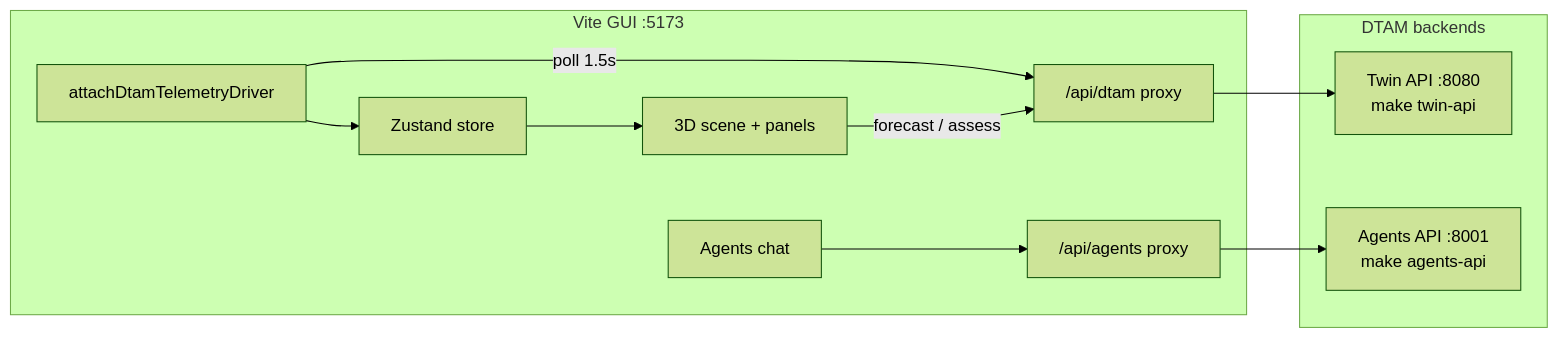
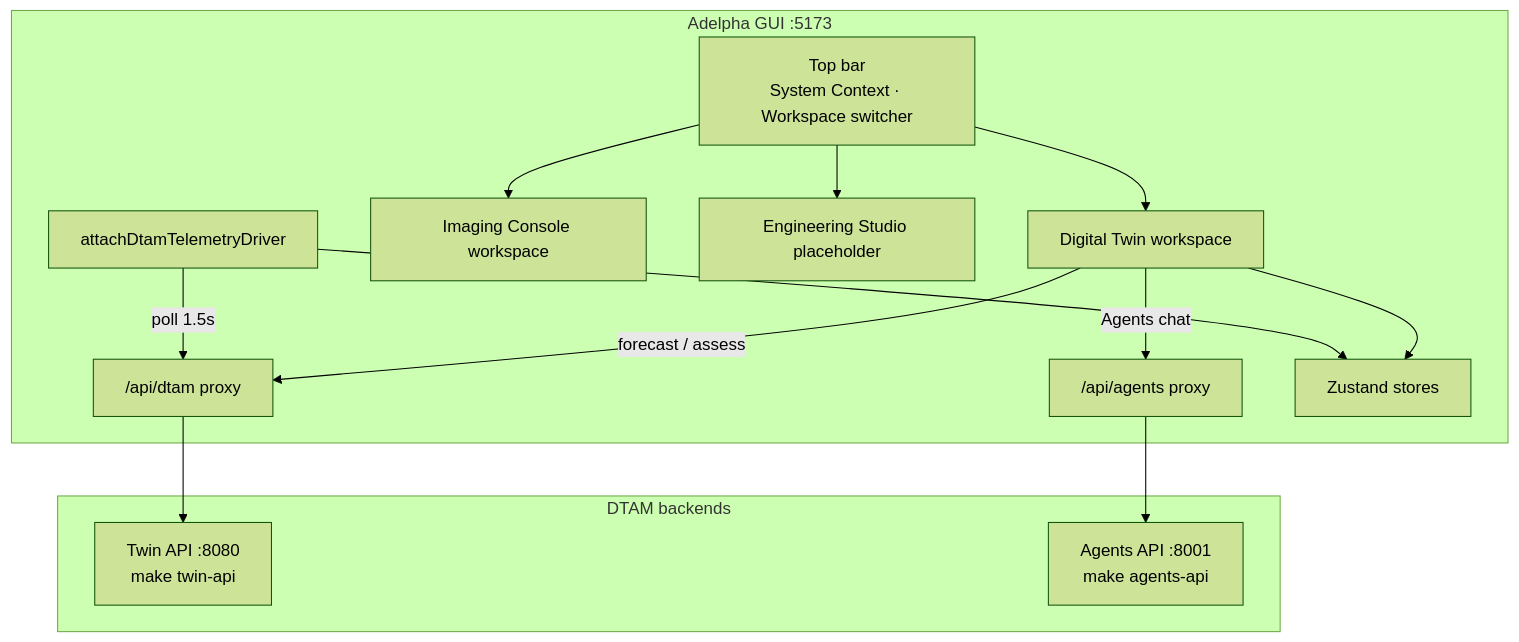
One commit to imr-framework/adelpha changed the diagram in docs/guide/architecture.md. Above: the diagram before and after it, drawn with Mermaid (forest theme). The commit also changed other lines of this file and 7 other files, not shown here.

````diff
--- a/docs/guide/architecture.md
+++ b/docs/guide/architecture.md
@@ -9,24 +9,29 @@
 ``` mermaid
-flowchart LR
+flowchart TB
   subgraph DTAM["DTAM backends"]
     T["Twin API :8080\nmake twin-api"]
     A["Agents API :8001\nmake agents-api"]
   end
 
-  subgraph UI["Vite GUI :5173"]
+  subgraph UI["Adelpha GUI :5173"]
+    TB["Top bar\nSystem Context · Workspace switcher"]
+    DT["Digital Twin workspace"]
+    IC["Imaging Console workspace"]
+    ES["Engineering Studio placeholder"]
     PD["/api/dtam proxy"]
     PA["/api/agents proxy"]
     D["attachDtamTelemetryDriver"]
-    Z["Zustand store"]
-    V["3D scene + panels"]
-    C["Agents chat"]
+    Z["Zustand stores"]
   end
 
+  TB --> DT
+  TB --> IC
+  TB --> ES
   PD --> T
   PA --> A
   D -->|poll 1.5s| PD
   D --> Z
-  Z --> V
-  V -->|forecast / assess| PD
-  C --> PA
+  DT --> Z
+  DT -->|forecast / assess| PD
+  DT -->|Agents chat| PA
 ```
````
